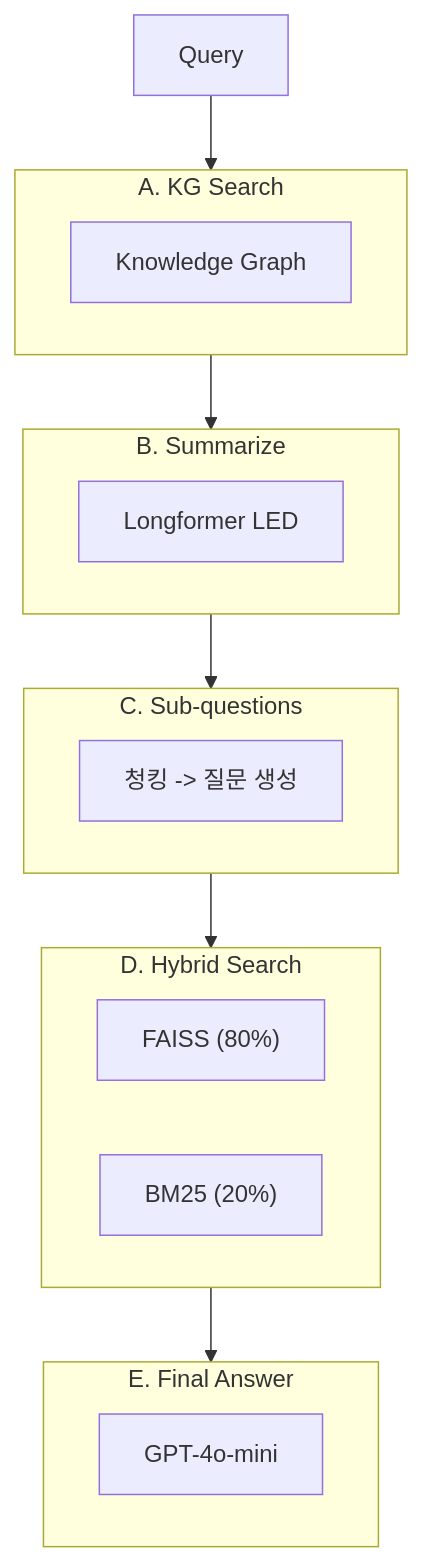
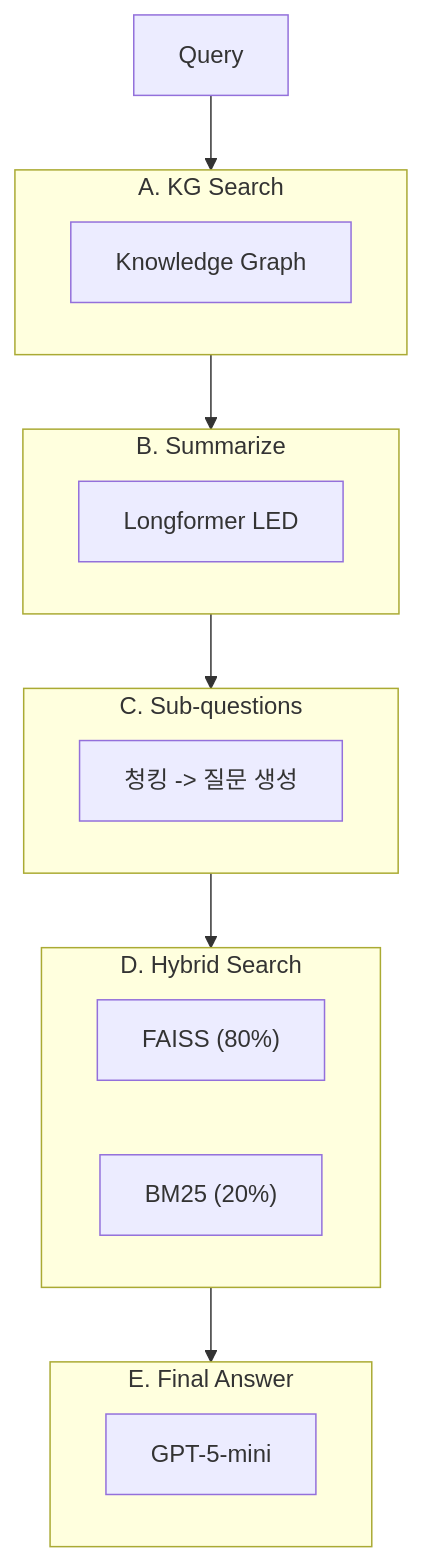
Before and after one commit to ASNGG/cafe24-demo: diagram 14 of 25 in backend 리팩토링 시작/README.md, drawn with Mermaid. The commit also changed other lines of this file and 25 other files, not shown here.

````diff
--- a/backend 리팩토링 시작/README.md
+++ b/backend 리팩토링 시작/README.md
@@ -1336,27 +1352,27 @@
 ```mermaid
 flowchart TB
     Q["Query"]
 
     subgraph StepA["A. KG Search"]
         KG["Knowledge Graph"]
     end
 
     subgraph StepB["B. Summarize"]
         Sum["Longformer LED"]
     end
 
     subgraph StepC["C. Sub-questions"]
         SubQ["청킹 -> 질문 생성"]
     end
 
     subgraph StepD["D. Hybrid Search"]
         Dense["FAISS (80%)"]
         Sparse["BM25 (20%)"]
     end
 
     subgraph StepE["E. Final Answer"]
-        Final["GPT-4o-mini"]
+        Final["GPT-5-mini"]
     end
 
     Q --> StepA --> StepB --> StepC --> StepD --> StepE
 ```
````
